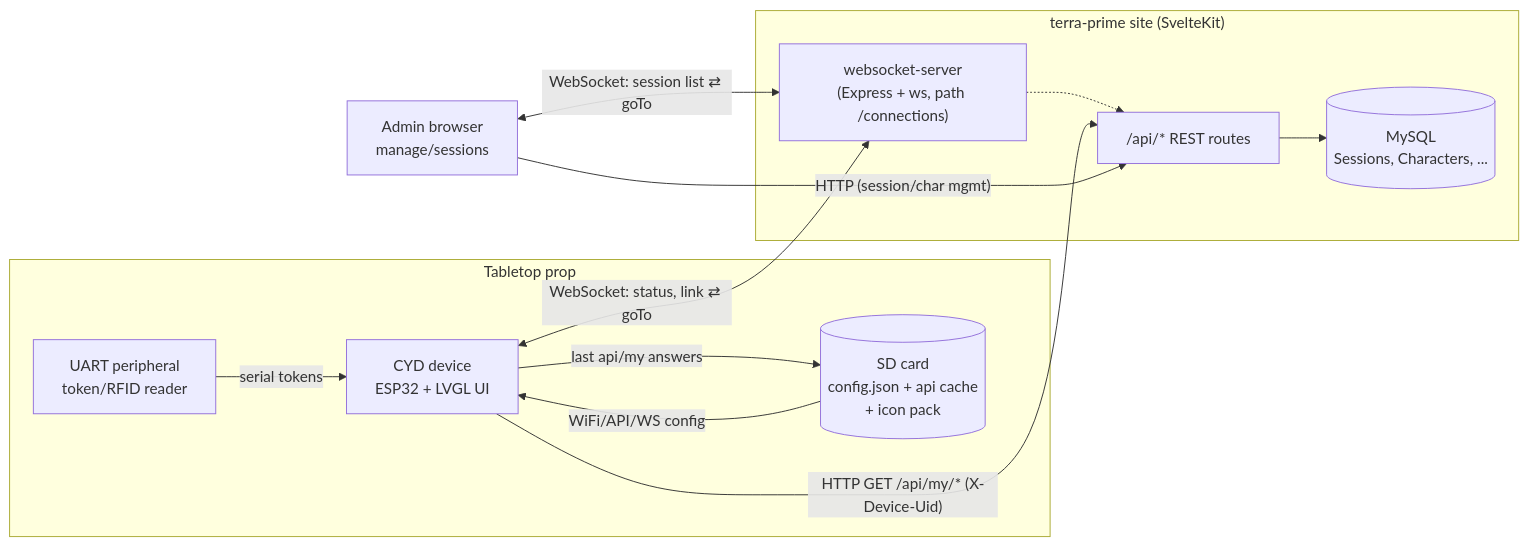
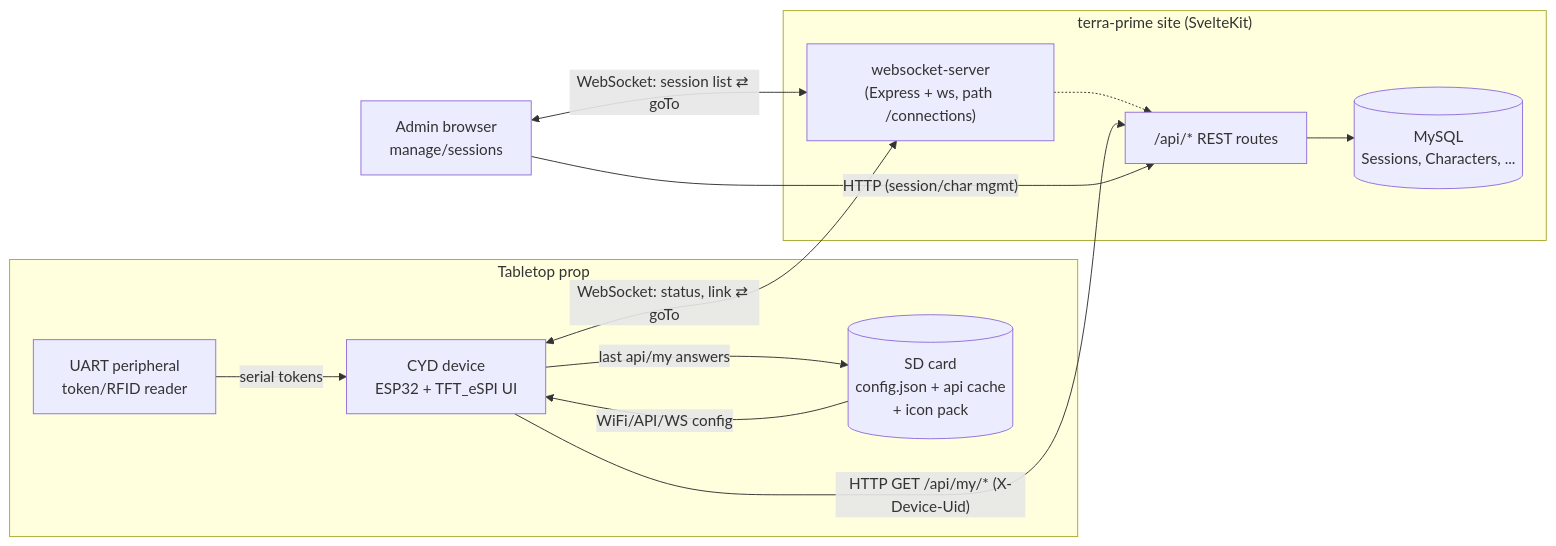
Before and after one commit to yodivdhende/terra-prime: the first of 8 diagrams in docs/CYD_DESIGN.md, drawn with Mermaid. The commit also changed other lines of this file and 1273 other files, not shown here.

First line of the commit message:
TP-0239: migrate the CYD UI off LVGL onto TFT_eSPI

````diff
--- a/docs/CYD_DESIGN.md
+++ b/docs/CYD_DESIGN.md
@@ -37,26 +37,26 @@
 ```mermaid
 flowchart LR
     subgraph Table["Tabletop prop"]
         UART[UART peripheral\ntoken/RFID reader]
         SD[(SD card\nconfig.json + api cache\n+ icon pack)]
-        CYD["CYD device\nESP32 + LVGL UI"]
+        CYD["CYD device\nESP32 + TFT_eSPI UI"]
         UART -- "serial tokens" --> CYD
         SD -- "WiFi/API/WS config" --> CYD
         CYD -- "last api/my answers" --> SD
     end
 
     subgraph Site["terra-prime site (SvelteKit)"]
         API["/api/* REST routes"]
         WS["websocket-server\n(Express + ws, path /connections)"]
         DB[(MySQL\nSessions, Characters, ...)]
         API --> DB
         WS -.-> API
     end
 
     Admin["Admin browser\nmanage/sessions"]
 
     CYD -- "HTTP GET /api/my/* (X-Device-Uid)" --> API
     CYD <-- "WebSocket: status, link ⇄ goTo" --> WS
     Admin <-- "WebSocket: session list ⇄ goTo" --> WS
     Admin -- "HTTP (session/char mgmt)" --> API
 ```
````
